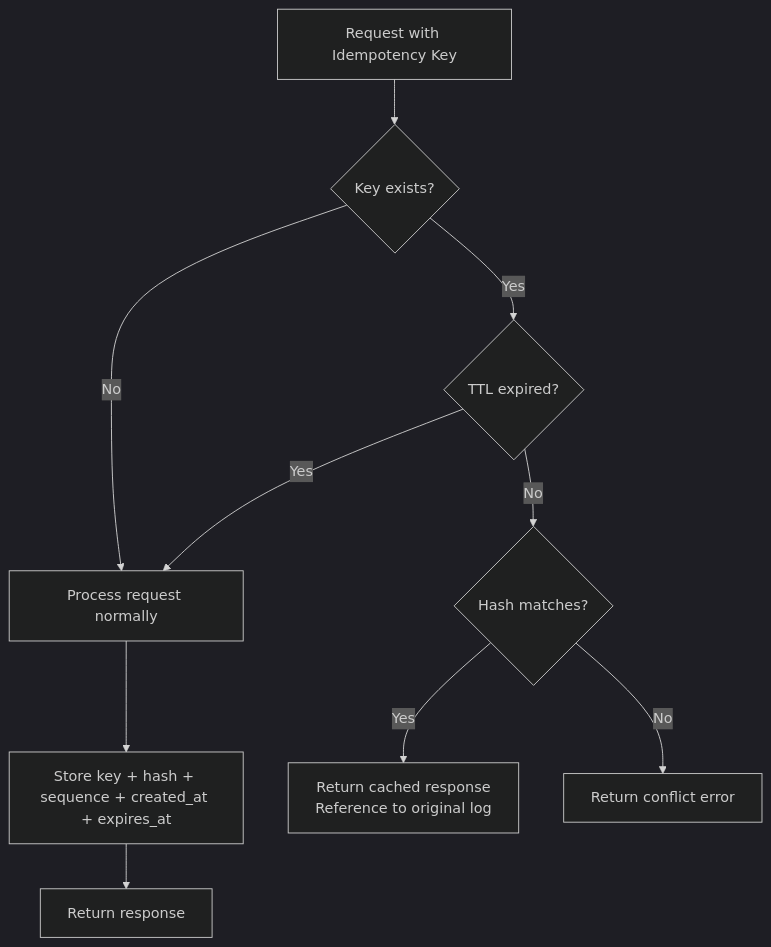
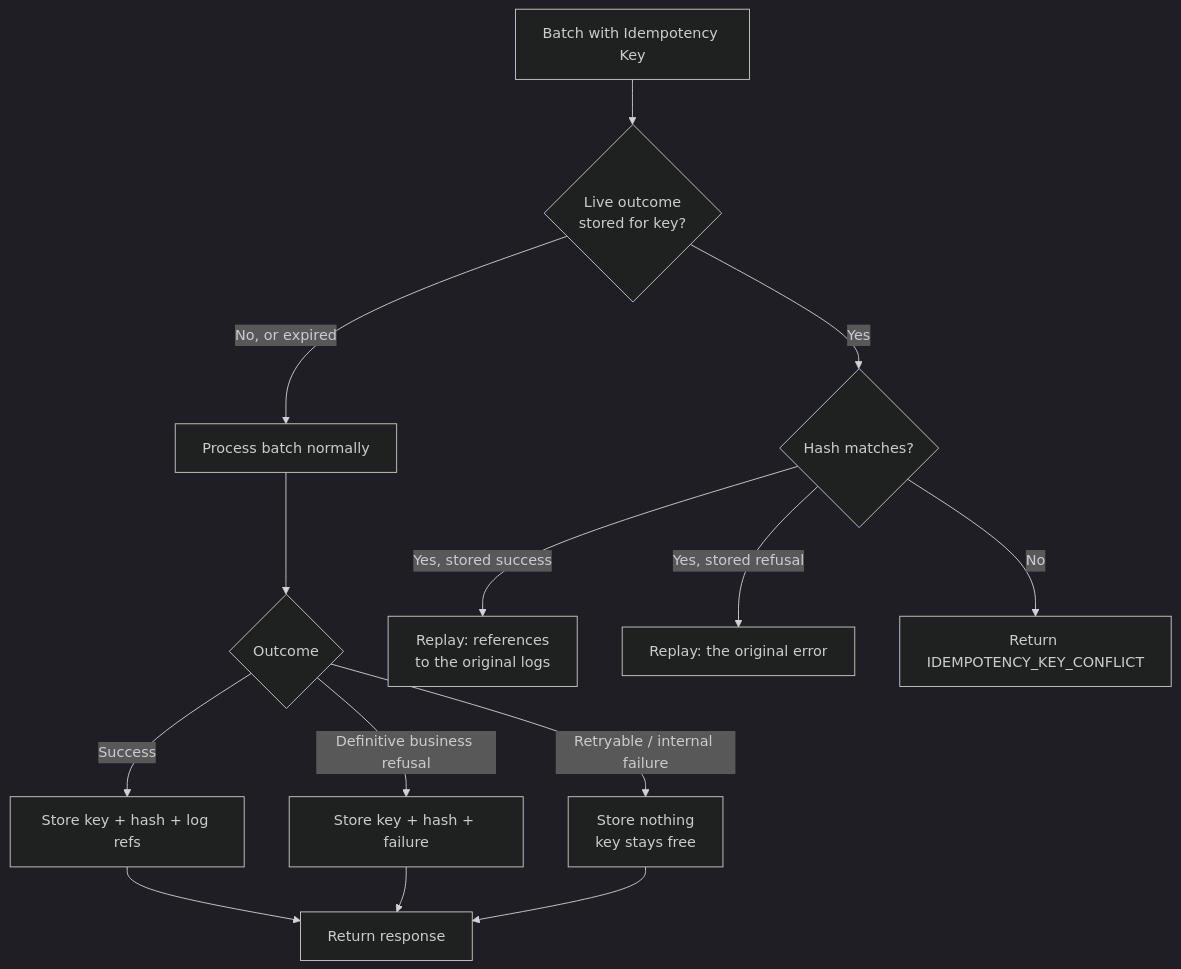
One commit to formancehq/ledger changed the first of 2 diagrams in docs/technical/architecture/subsystems/admission/idempotency.md. Above: the diagram before and after it, drawn with Mermaid (dark theme). The commit also changed other lines of this file and 3 other files, not shown here.

First line of the commit message:
docs(idempotency): document stored refusals and keys vs references

````diff
--- a/docs/technical/architecture/subsystems/admission/idempotency.md
+++ b/docs/technical/architecture/subsystems/admission/idempotency.md
@@ -24,13 +28,17 @@
 ```mermaid
 flowchart TD
-    REQ[Request with Idempotency Key] --> CHECK{Key exists?}
-    CHECK -->|No| PROCESS[Process request normally]
-    PROCESS --> STORE[Store key + hash + sequence + created_at + expires_at]
-    STORE --> RETURN[Return response]
-    
-    CHECK -->|Yes| EXPIRED{TTL expired?}
-    EXPIRED -->|Yes| PROCESS
-    EXPIRED -->|No| HASH{Hash matches?}
-    HASH -->|Yes| CACHED[Return cached response<br/>Reference to original log]
-    HASH -->|No| CONFLICT[Return conflict error]
+    REQ[Batch with Idempotency Key] --> CHECK{Live outcome<br/>stored for key?}
+    CHECK -->|No, or expired| PROCESS[Process batch normally]
+    PROCESS --> RESULT{Outcome}
+    RESULT -->|Success| STORE_OK[Store key + hash + log refs]
+    RESULT -->|Definitive business refusal| STORE_KO[Store key + hash + failure]
+    RESULT -->|Retryable / internal failure| NOSTORE[Store nothing<br/>key stays free]
+    STORE_OK --> RETURN[Return response]
+    STORE_KO --> RETURN
+    NOSTORE --> RETURN
+
+    CHECK -->|Yes| HASH{Hash matches?}
+    HASH -->|Yes, stored success| CACHED[Replay: references<br/>to the original logs]
+    HASH -->|Yes, stored refusal| REPLAYED[Replay: the original error]
+    HASH -->|No| CONFLICT[Return IDEMPOTENCY_KEY_CONFLICT]
 ```
````
